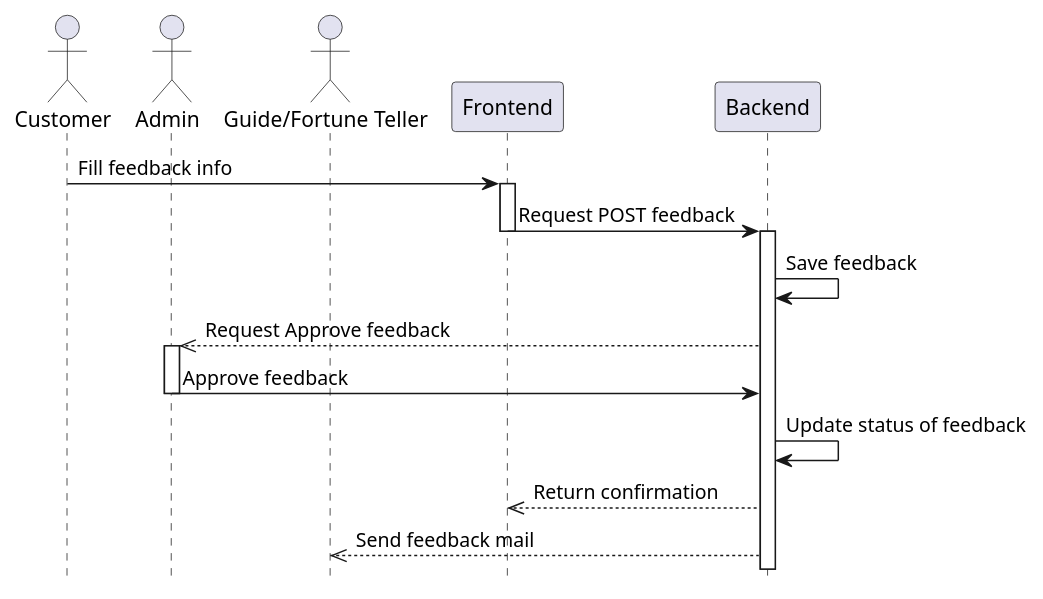
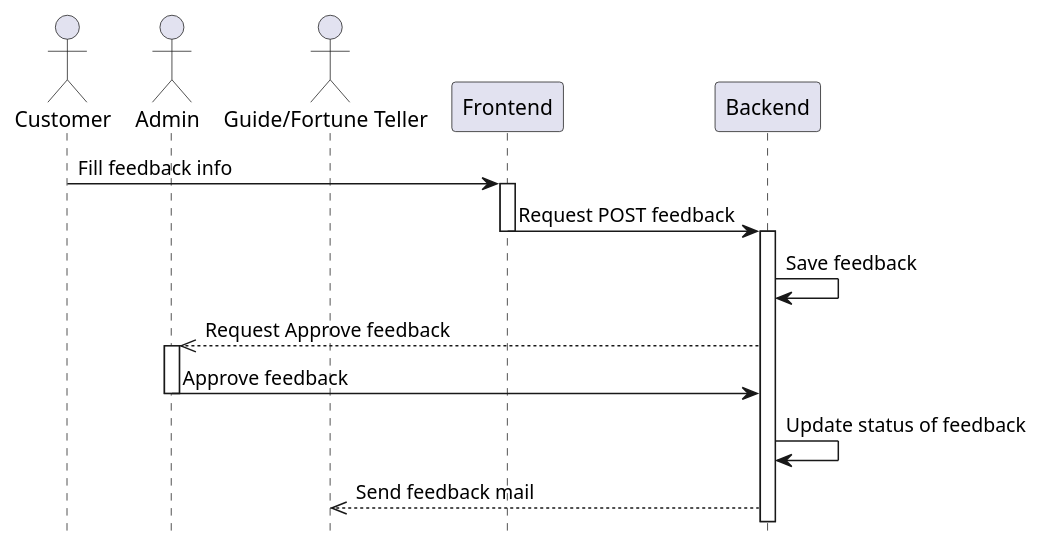
Before and after one commit to Nxwbtk/SA-Diagram: the seventh of 7 diagrams in Sequence-diagram.plantuml, drawn with PlantUML. The commit also changed other lines of this file and 4 other files, not shown here.

```diff
--- a/Sequence-diagram.plantuml
+++ b/Sequence-diagram.plantuml
@@ -216,21 +217,20 @@
 @startuml
 actor Customer
 actor Admin
 actor "Guide/Fortune Teller" as GF
 participant "Frontend" as FE
 participant "Backend" as BE
 Customer -> FE: Fill feedback info
 activate FE
 FE -> BE: Request POST feedback
 deactivate FE
 activate BE
 BE -> BE: Save feedback
 BE -->> Admin: Request Approve feedback
 activate Admin
 Admin -> BE: Approve feedback
 deactivate Admin
 BE -> BE: Update status of feedback
-BE -->> FE: Return confirmation
 BE -->> GF: Send feedback mail
 hide footbox
 @enduml
```
